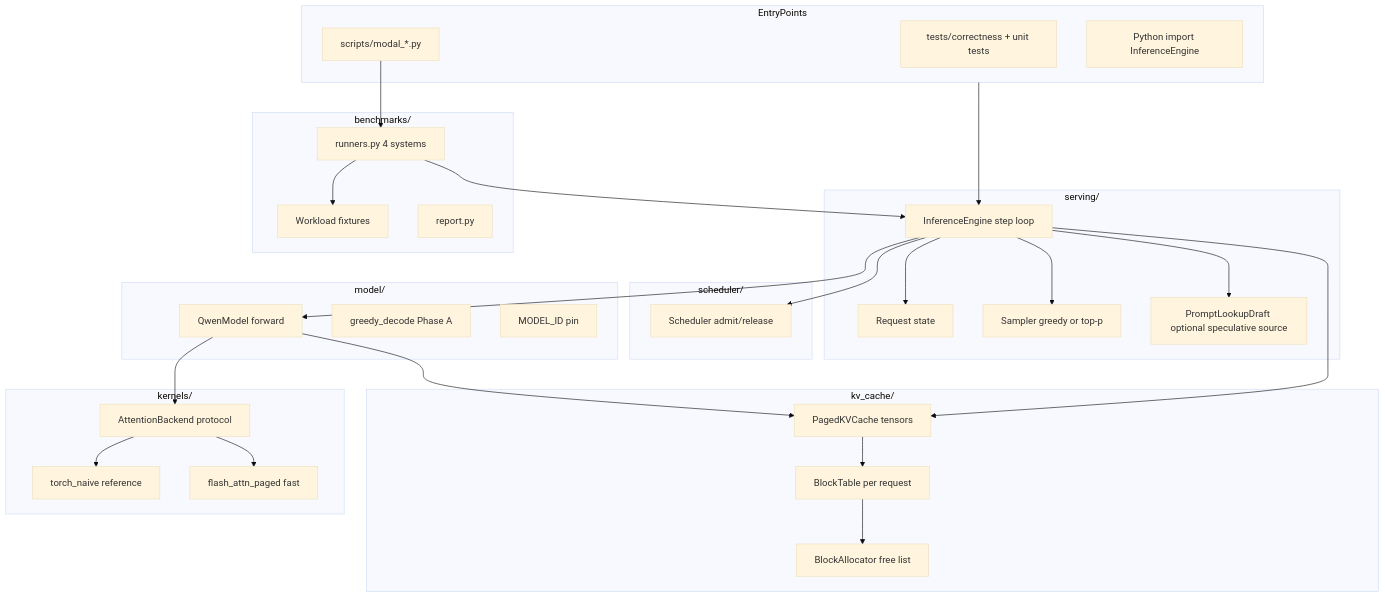
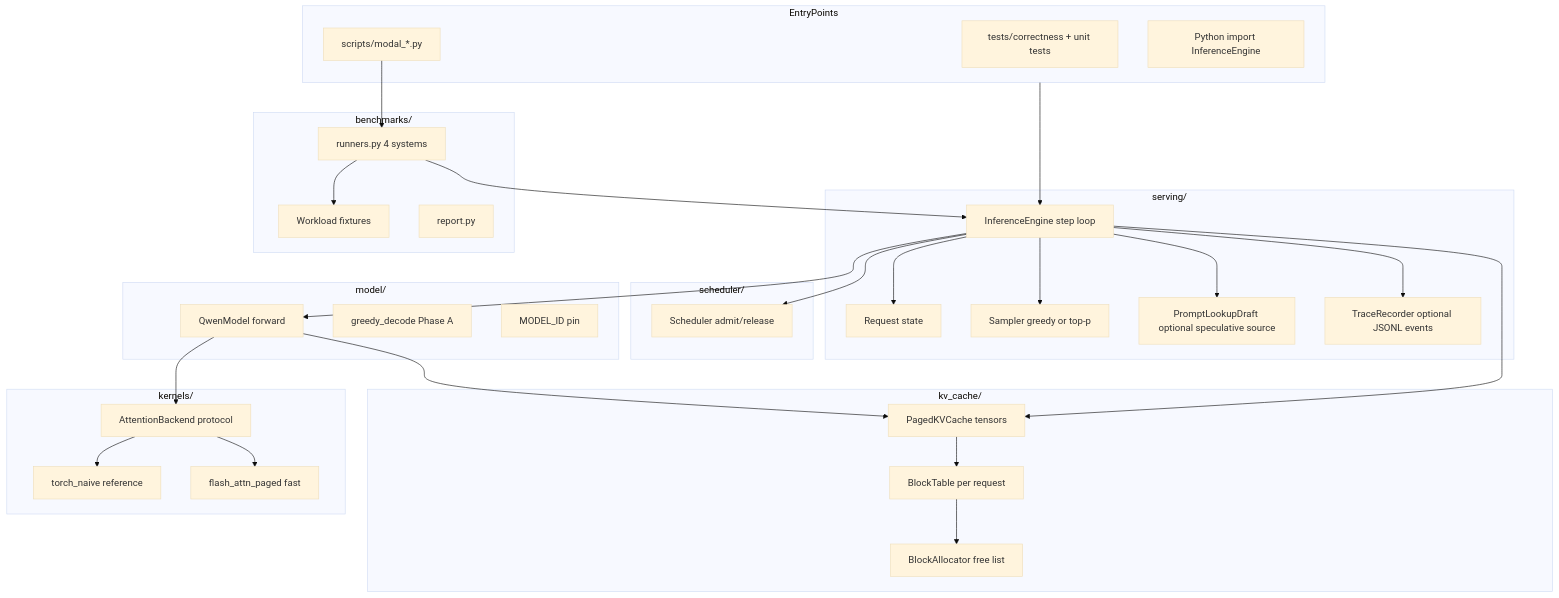
The first of 4 diagrams in docs/architecture.md (adamthuvesen/llm-infer), drawn with Mermaid (base theme) before and after one commit. The commit also changed other lines of this file and 5 other files, not shown here.

````diff
--- a/docs/architecture.md
+++ b/docs/architecture.md
@@ -48,60 +48,62 @@
 ```mermaid
 flowchart TB
     subgraph entry [EntryPoints]
         Tests["tests/correctness + unit tests"]
         Modal["scripts/modal_*.py"]
         LibUse["Python import InferenceEngine"]
     end
 
     subgraph serving [serving/]
         Engine["InferenceEngine step loop"]
         Request["Request state"]
         Sampler["Sampler greedy or top-p"]
         Spec["PromptLookupDraft optional speculative source"]
+        Trace["TraceRecorder optional JSONL events"]
     end
 
     subgraph scheduler [scheduler/]
         Sched["Scheduler admit/release"]
     end
 
     subgraph kv [kv_cache/]
         PagedKV["PagedKVCache tensors"]
         BlockTable["BlockTable per request"]
         Allocator["BlockAllocator free list"]
     end
 
     subgraph model [model/]
         Qwen["QwenModel forward"]
         Decode["greedy_decode Phase A"]
         Config["MODEL_ID pin"]
     end
 
     subgraph kernels [kernels/]
         Protocol["AttentionBackend protocol"]
         Naive["torch_naive reference"]
         Flash["flash_attn_paged fast"]
     end
 
     subgraph bench [benchmarks/]
         Workload["Workload fixtures"]
         Runners["runners.py 4 systems"]
         Report["report.py"]
     end
 
     entry --> Engine
     Engine --> Sched
     Engine --> Request
     Engine --> Sampler
     Engine --> Spec
+    Engine --> Trace
     Engine --> Qwen
     Engine --> PagedKV
     Qwen --> Protocol
     Qwen --> PagedKV
     PagedKV --> BlockTable
     BlockTable --> Allocator
     Protocol --> Naive
     Protocol --> Flash
     Modal --> Runners
     Runners --> Engine
     Runners --> Workload
 ```
````
